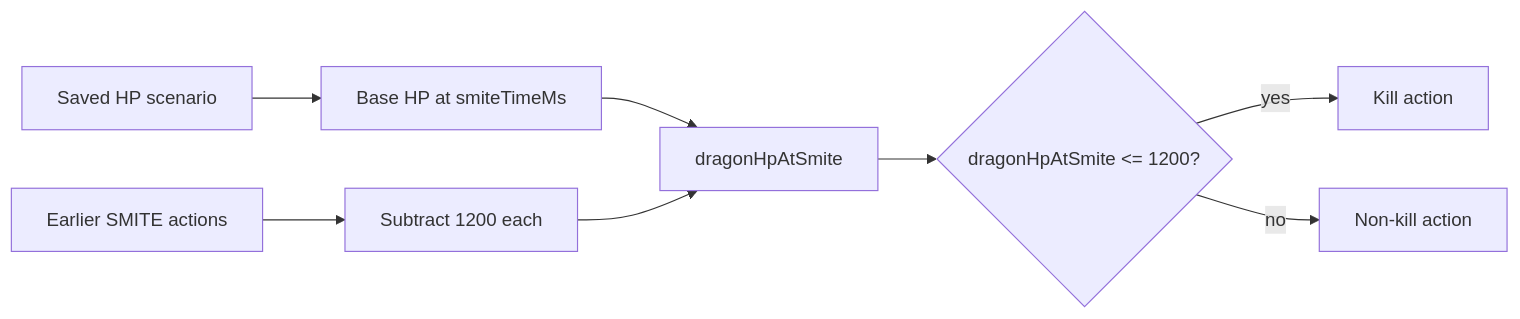
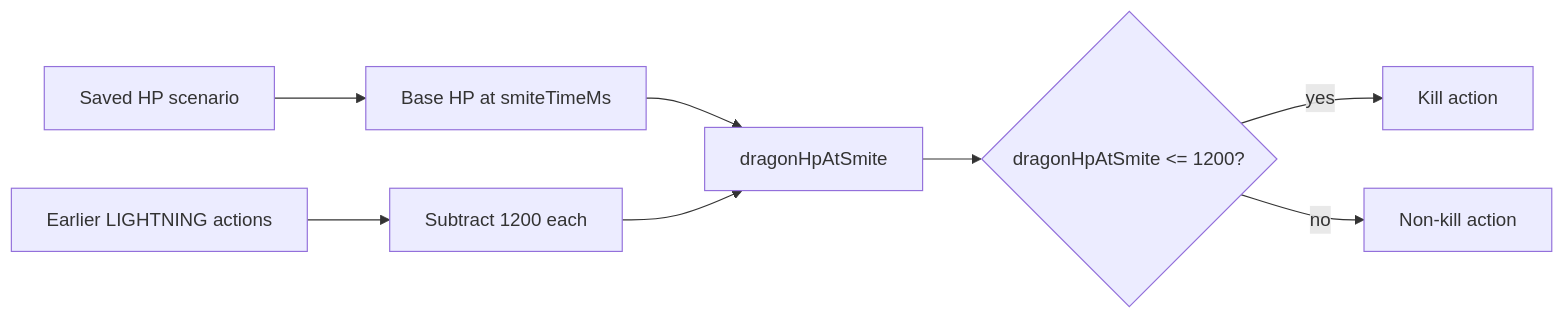
One commit to moonwhistle/League-of-Star changed the fourth of 5 diagrams in docs/antigravity/backend/issue-48-smite-input-server-judgement.md. Above: the diagram before and after it, drawn with Mermaid. The commit also changed other lines of this file and 49 other files, not shown here.

````diff
--- a/docs/antigravity/backend/issue-48-smite-input-server-judgement.md
+++ b/docs/antigravity/backend/issue-48-smite-input-server-judgement.md
@@ -352,10 +352,10 @@
 ```mermaid
 flowchart LR
     A[Saved HP scenario] --> B[Base HP at smiteTimeMs]
-    C[Earlier SMITE actions] --> D[Subtract 1200 each]
+    C[Earlier LIGHTNING actions] --> D[Subtract 1200 each]
     B --> E[dragonHpAtSmite]
     D --> E
     E --> F{dragonHpAtSmite <= 1200?}
     F -->|yes| G[Kill action]
     F -->|no| H[Non-kill action]
 ```
````
